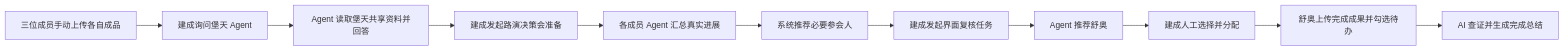
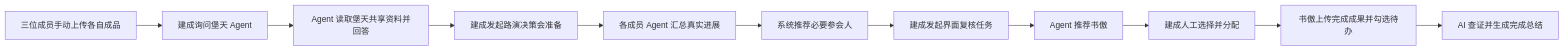
Before and after one commit to yht-4403/paiban: the diagram in docs/产品规划/2026-09-06-015-三账号人工路演与固定身份-设计文档.md, drawn with Mermaid. The commit also changed other lines of this file and 75 other files, not shown here.

````diff
--- a/docs/产品规划/2026-09-06-015-三账号人工路演与固定身份-设计文档.md
+++ b/docs/产品规划/2026-09-06-015-三账号人工路演与固定身份-设计文档.md
@@ -36,13 +36,13 @@
 ```mermaid
 flowchart LR
     A[三位成员手动上传各自成品] --> B[建成询问堡天 Agent]
     B --> C[Agent 读取堡天共享资料并回答]
     C --> D[建成发起路演决策会准备]
     D --> E[各成员 Agent 汇总真实进展]
     E --> F[系统推荐必要参会人]
     F --> G[建成发起界面复核任务]
-    G --> H[Agent 推荐舒奥]
+    G --> H[Agent 推荐书傲]
     H --> I[建成人工选择并分配]
-    I --> J[舒奥上传完成成果并勾选待办]
+    I --> J[书傲上传完成成果并勾选待办]
     J --> K[AI 查证并生成完成总结]
 ```
````
